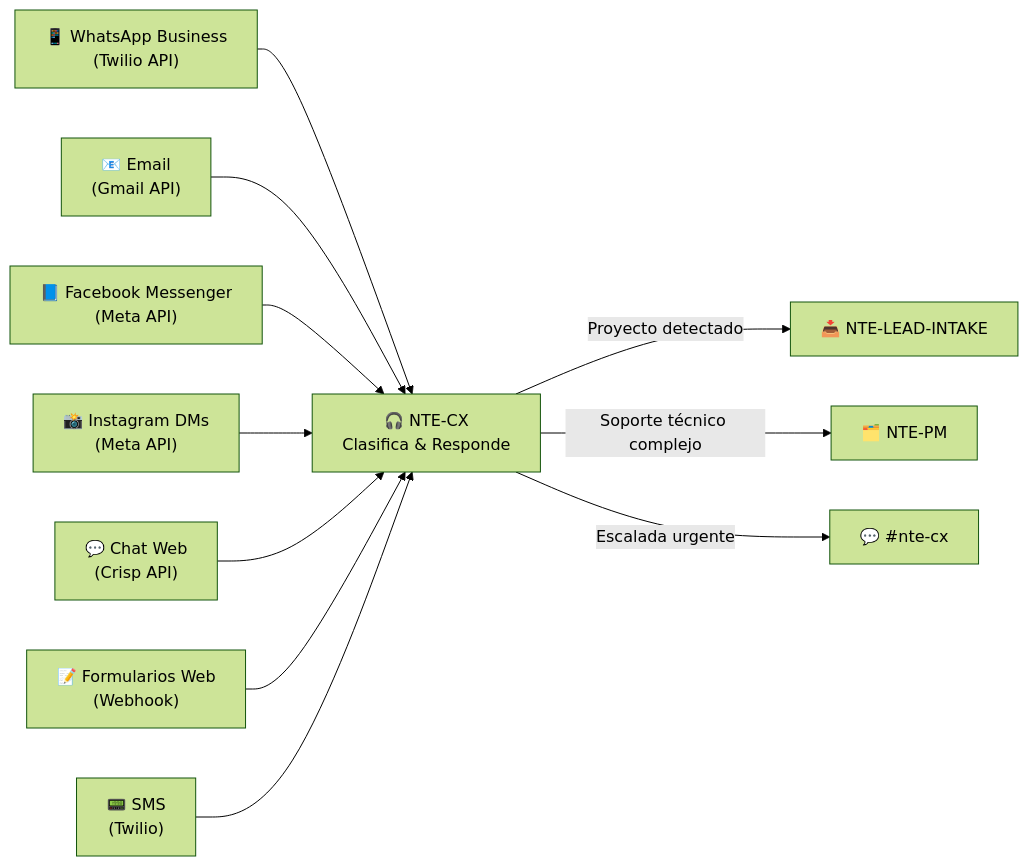
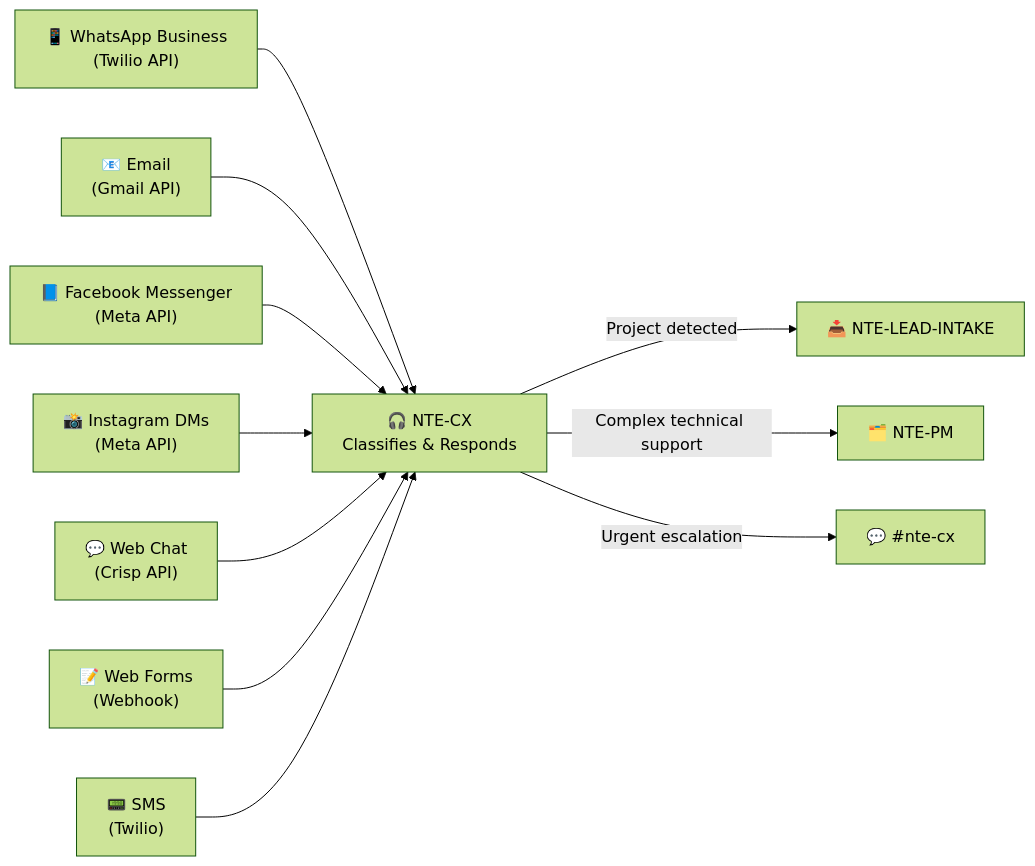
The diagram in documentation/03-agents/administrative-wing/nte-cx.md (nissienterprise/nissi-openclaw-vps), drawn with Mermaid (forest theme) before and after one commit. The commit also changed other lines of this file and 46 other files, not shown here.

````diff
--- a/documentation/03-agents/administrative-wing/nte-cx.md
+++ b/documentation/03-agents/administrative-wing/nte-cx.md
@@ -24,16 +24,16 @@
 ```mermaid
 flowchart LR
     WA["📱 WhatsApp Business\n(Twilio API)"] --> CX
     EM["📧 Email\n(Gmail API)"] --> CX
     FB["📘 Facebook Messenger\n(Meta API)"] --> CX
     IG["📸 Instagram DMs\n(Meta API)"] --> CX
-    CH["💬 Chat Web\n(Crisp API)"] --> CX
-    FM["📝 Formularios Web\n(Webhook)"] --> CX
+    CH["💬 Web Chat\n(Crisp API)"] --> CX
+    FM["📝 Web Forms\n(Webhook)"] --> CX
     SMS["📟 SMS\n(Twilio)"] --> CX
 
-    CX["🎧 NTE-CX\nClasifica & Responde"]
+    CX["🎧 NTE-CX\nClassifies & Responds"]
 
-    CX -->|"Proyecto detectado"| LI["📥 NTE-LEAD-INTAKE"]
-    CX -->|"Soporte técnico complejo"| PM["🗂️ NTE-PM"]
-    CX -->|"Escalada urgente"| SLACK["💬 #nte-cx"]
+    CX -->|"Project detected"| LI["📥 NTE-LEAD-INTAKE"]
+    CX -->|"Complex technical support"| PM["🗂️ NTE-PM"]
+    CX -->|"Urgent escalation"| SLACK["💬 #nte-cx"]
 ```
````
